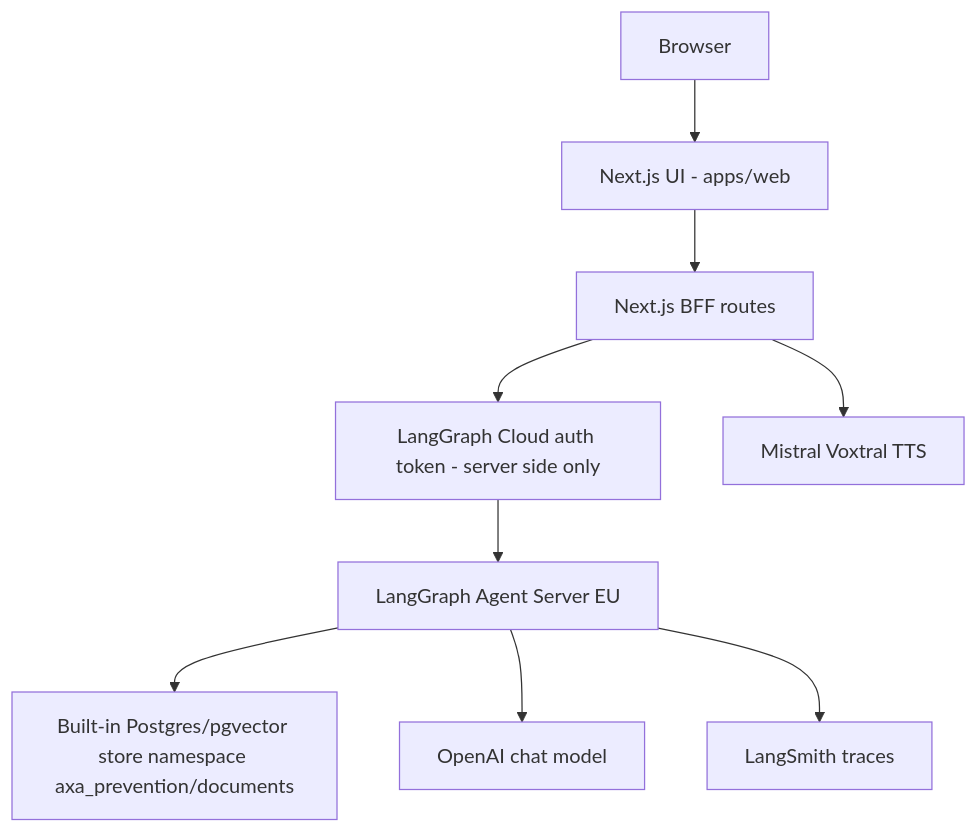
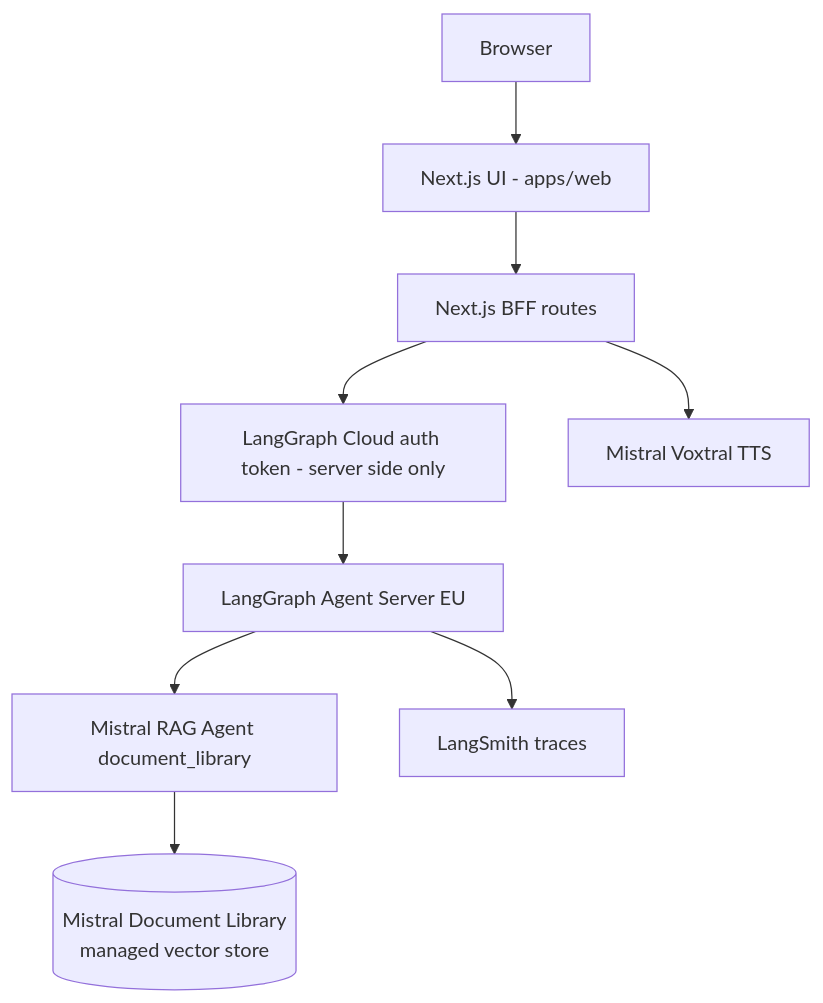
The diagram in docs/architecture.md (gfortaine/prevention-coach-rag), drawn with Mermaid before and after one commit. The commit also changed other lines of this file and 21 other files, not shown here.

First line of the commit message:
feat: wire Mistral document library RAG

````diff
--- a/docs/architecture.md
+++ b/docs/architecture.md
@@ -5,11 +5,11 @@
 ```mermaid
 flowchart TD
   A[Browser] --> B[Next.js UI - apps/web]
   B --> C[Next.js BFF routes]
   C --> D[LangGraph Cloud auth token - server side only]
   D --> E[LangGraph Agent Server EU]
-  E --> G[Built-in Postgres/pgvector store namespace axa_prevention/documents]
-  E --> H[OpenAI chat model]
+  E --> G[Mistral RAG Agent document_library]
+  G --> H[(Mistral Document Library<br/>managed vector store)]
   E --> I[LangSmith traces]
   C --> J[Mistral Voxtral TTS]
 ```
````
